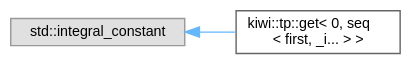
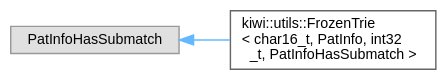
Before and after one commit to bab2min/Kiwi: the diagram in inherit_graph_121.dot, drawn with Graphviz. The commit also changed 160 other files, not shown here.

```diff
--- a/inherit_graph_121.dot
+++ b/inherit_graph_121.dot
@@ -1,11 +1,11 @@
 digraph "Graphical Class Hierarchy"
 {
  // LATEX_PDF_SIZE
   bgcolor="transparent";
   edge [fontname=Helvetica,fontsize=10,labelfontname=Helvetica,labelfontsize=10];
   node [fontname=Helvetica,fontsize=10,shape=box,height=0.2,width=0.4];
   rankdir="LR";
-  Node0 [id="Node000000",label="std::integral_constant",height=0.2,width=0.4,color="grey60", fillcolor="#E0E0E0", style="filled",tooltip=" "];
-  Node0 -> Node1 [id="edge19_Node000000_Node000001",dir="back",color="steelblue1",style="solid",tooltip=" "];
-  Node1 [id="Node000001",label="kiwi::tp::get\< 0, seq\l\< first, _i... \> \>",height=0.2,width=0.4,color="grey40", fillcolor="white", style="filled",URL="$structkiwi_1_1tp_1_1get_3_010_00_01seq_3_01first_00_01__i_8_8_8_01_4_01_4.html",tooltip=" "];
+  Node0 [id="Node000000",label="PatInfoHasSubmatch",height=0.2,width=0.4,color="grey60", fillcolor="#E0E0E0", style="filled",tooltip=" "];
+  Node0 -> Node1 [id="edge18_Node000000_Node000001",dir="back",color="steelblue1",style="solid",tooltip=" "];
+  Node1 [id="Node000001",label="kiwi::utils::FrozenTrie\l\< char16_t, PatInfo, int32\l_t, PatInfoHasSubmatch \>",height=0.2,width=0.4,color="grey40", fillcolor="white", style="filled",URL="$classkiwi_1_1utils_1_1FrozenTrie.html",tooltip=" "];
 }
```
